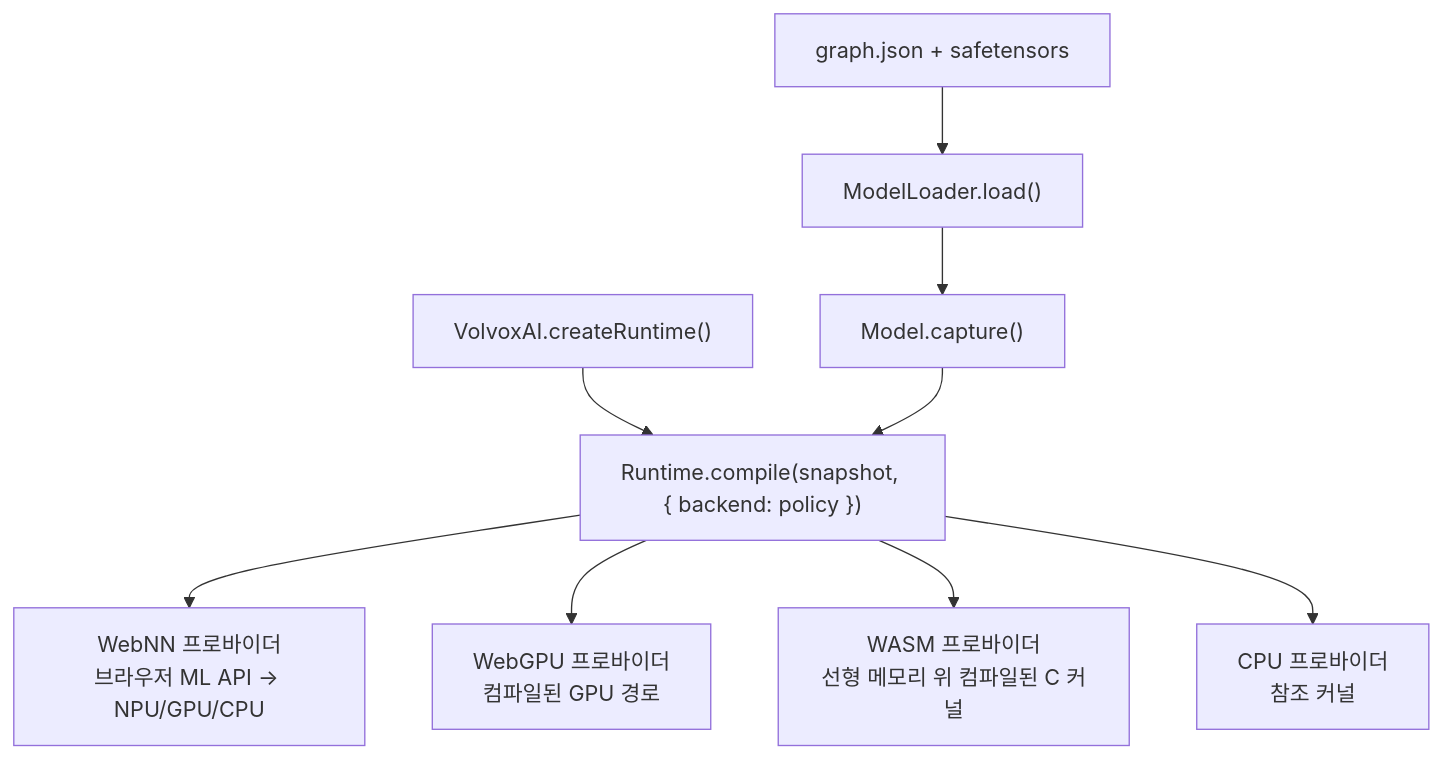
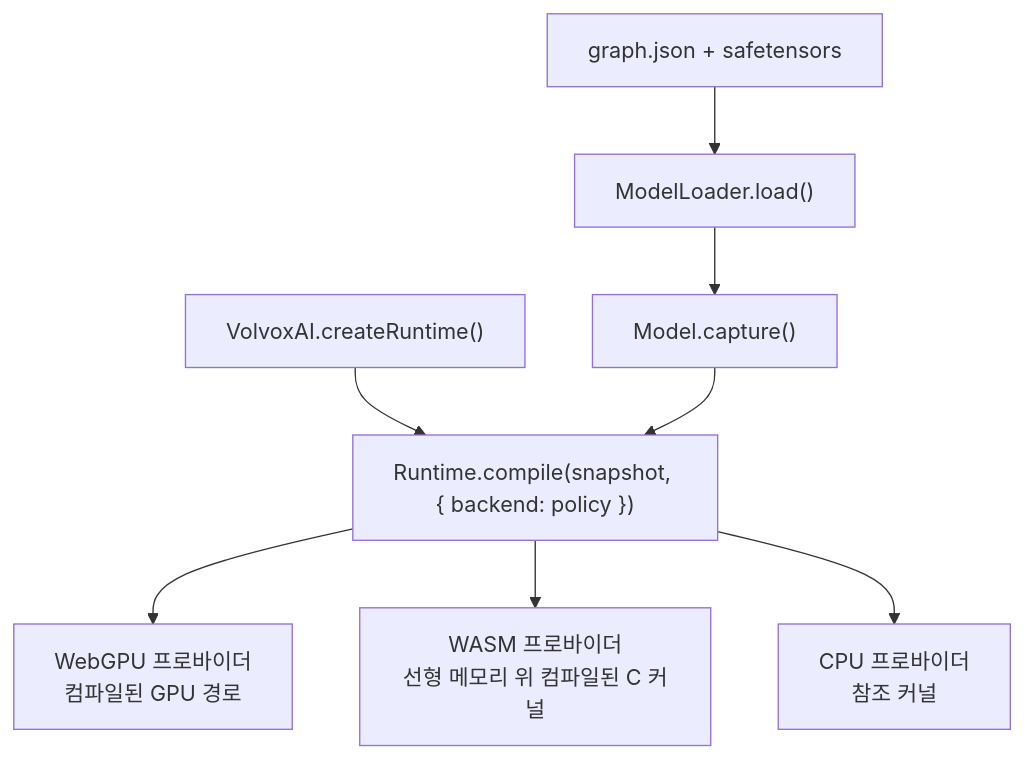
The diagram in docs/textbook/ko/08-inside-the-engine.md (ivere27/volvoxai), drawn with Mermaid before and after one commit. The commit also changed other lines of this file and 741 other files, not shown here.

````diff
--- a/docs/textbook/ko/08-inside-the-engine.md
+++ b/docs/textbook/ko/08-inside-the-engine.md
@@ -31,11 +32,10 @@
 ```mermaid
 flowchart TD
     G["graph.json + safetensors"] --> L["ModelLoader.load()"]
     L --> S["Model.capture()"]
     R["VolvoxAI.createRuntime()"] --> C["Runtime.compile(snapshot, { backend: policy })"]
     S --> C
-    C --> T1["WebNN 프로바이더<br/>브라우저 ML API → NPU/GPU/CPU"]
-    C --> T2["WebGPU 프로바이더<br/>컴파일된 GPU 경로"]
-    C --> T3["WASM 프로바이더<br/>선형 메모리 위 컴파일된 C 커널"]
-    C --> T4["CPU 프로바이더<br/>참조 커널"]
+    C --> T1["WebGPU 프로바이더<br/>컴파일된 GPU 경로"]
+    C --> T2["WASM 프로바이더<br/>선형 메모리 위 컴파일된 C 커널"]
+    C --> T3["CPU 프로바이더<br/>참조 커널"]
 ```
````
